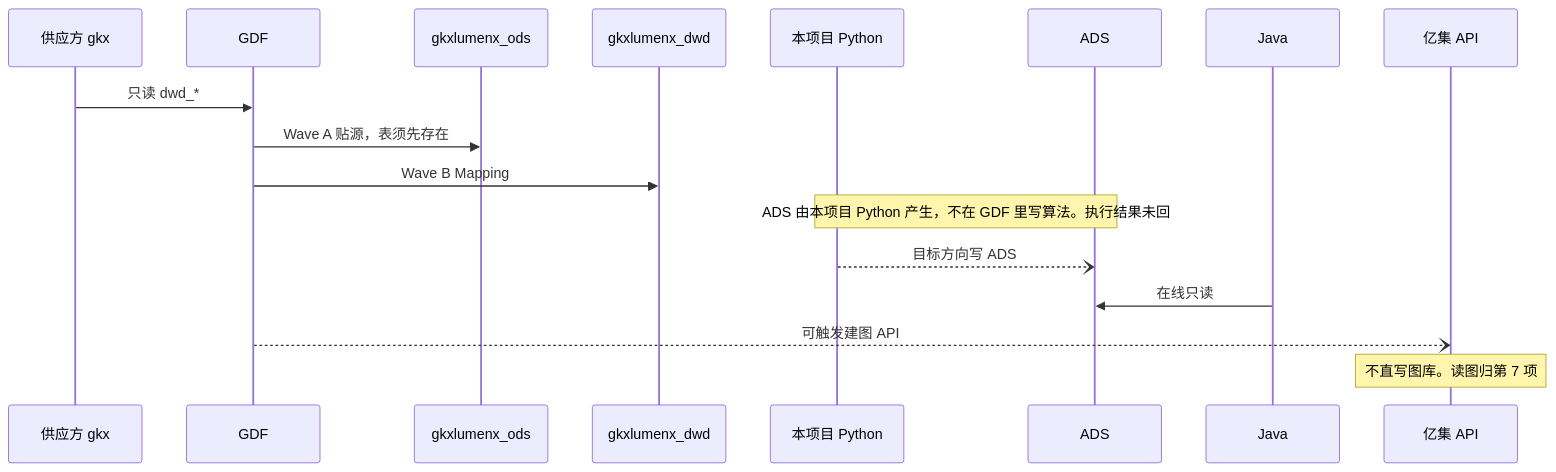
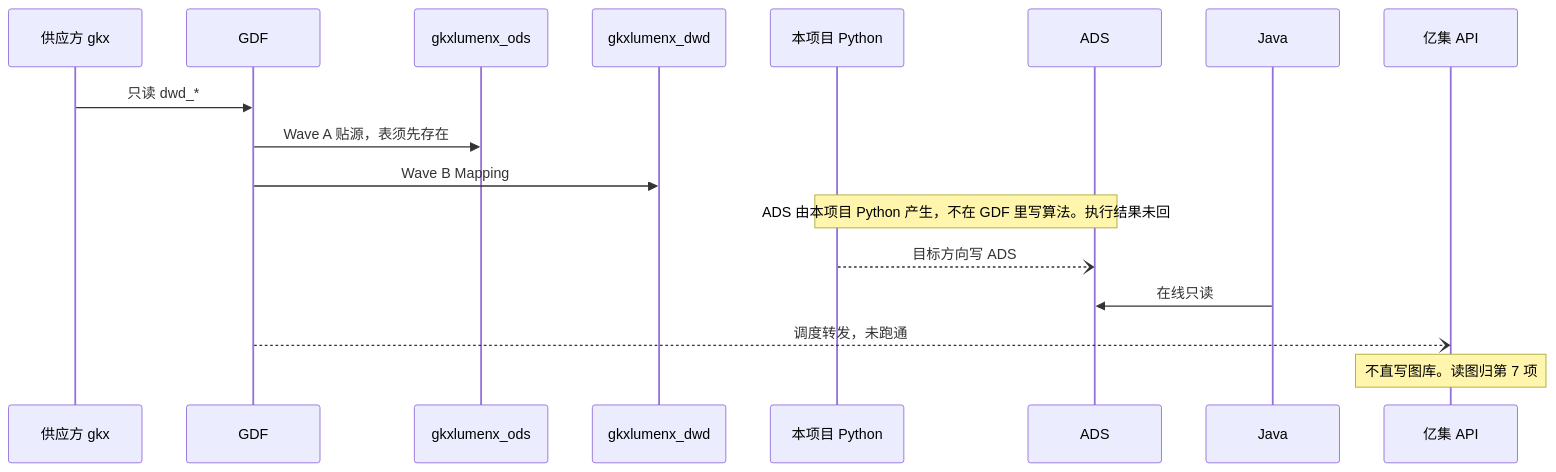
The first of 4 diagrams in agent-delivery/工程过程/04-系统集成/06-GDF数据治理集成/技术方案.md (Marisolebxf/-), drawn with Mermaid before and after one commit. The commit also changed other lines of this file and 3 other files, not shown here.

First line of the commit message:
docs(sysint): GDF 与图谱引擎调度转发契约 [agent:architect-agent]

````diff
--- a/agent-delivery/工程过程/04-系统集成/06-GDF数据治理集成/技术方案.md
+++ b/agent-delivery/工程过程/04-系统集成/06-GDF数据治理集成/技术方案.md
@@ -87,19 +88,19 @@
 ```mermaid
 sequenceDiagram
   participant SRC as 供应方 gkx
   participant GDF as GDF
   participant ODS as gkxlumenx_ods
   participant DWD as gkxlumenx_dwd
   participant PY as 本项目 Python
   participant ADS as ADS
   participant J as Java
   participant YJ as 亿集 API
   SRC->>GDF: 只读 dwd_*
   GDF->>ODS: Wave A 贴源，表须先存在
   GDF->>DWD: Wave B Mapping
   Note over PY,ADS: ADS 由本项目 Python 产生，不在 GDF 里写算法。执行结果未回
   PY--)ADS: 目标方向写 ADS
   J->>ADS: 在线只读
-  GDF--)YJ: 可触发建图 API
+  GDF--)YJ: 调度转发，未跑通
   Note over YJ: 不直写图库。读图归第 7 项
 ```
````
